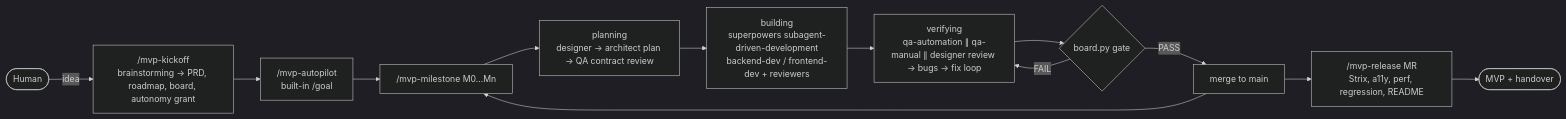
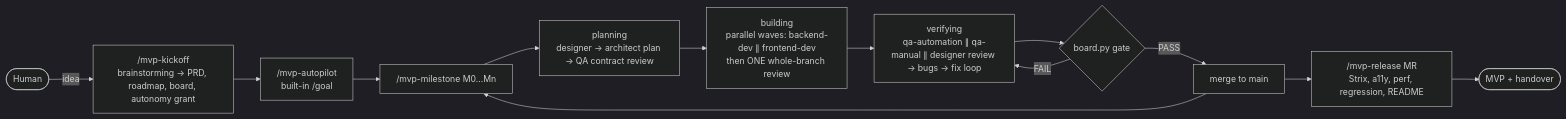
Before and after one commit to Restily/auto-applier: the diagram in README.md, drawn with Mermaid (dark theme). The commit also changed other lines of this file and 35 other files, not shown here.

````diff
--- a/README.md
+++ b/README.md
@@ -7,15 +7,15 @@
 ```mermaid
 flowchart LR
   H([Human]) -->|idea| K["/mvp-kickoff<br/>brainstorming → PRD, roadmap, board, autonomy grant"]
   K --> A["/mvp-autopilot<br/>built-in /goal"]
   A --> M["/mvp-milestone M0…Mn"]
   M --> P[planning<br/>designer → architect plan → QA contract review]
-  P --> B[building<br/>superpowers subagent-driven-development<br/>backend-dev / frontend-dev + reviewers]
+  P --> B[building<br/>parallel waves: backend-dev ∥ frontend-dev<br/>then ONE whole-branch review]
   B --> V[verifying<br/>qa-automation ∥ qa-manual ∥ designer review → bugs → fix loop]
   V --> G{board.py gate}
   G -->|FAIL| V
   G -->|PASS| MG[merge to main]
   MG --> M
   MG --> R["/mvp-release MR<br/>Strix, a11y, perf, regression, README"]
   R --> D([MVP + handover])
 ```
````
